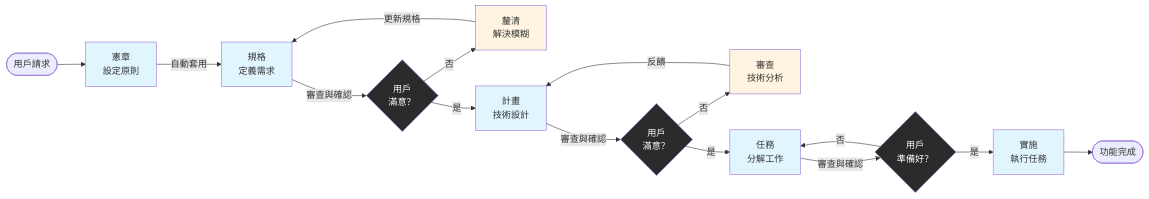
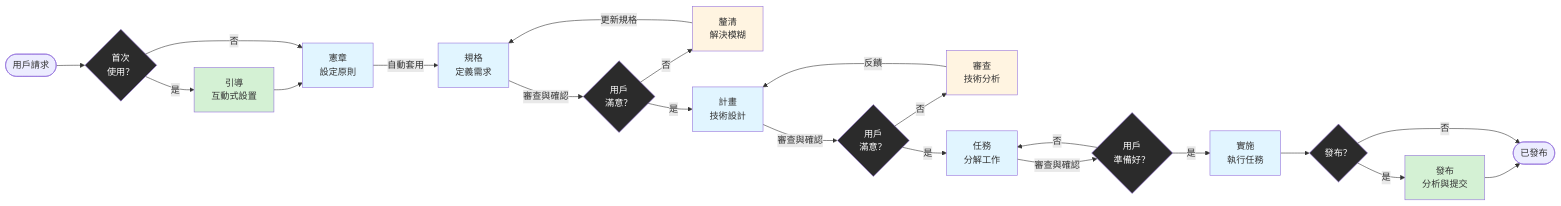
One commit to RikaiDev/cortex changed the diagram in README.zh-TW.md. Above: the diagram before and after it, drawn with Mermaid. The commit also changed other lines of this file and 33 other files, not shown here.

````diff
--- a/README.zh-TW.md
+++ b/README.zh-TW.md
@@ -105,36 +110,48 @@
 ```mermaid
 flowchart LR
-    Start([用戶請求]) --> Constitution
+    Start([用戶請求]) --> FirstTime{首次<br/>使用？}
+    
+    FirstTime -->|是| Onboard[引導<br/>互動式設置]
+    Onboard --> Constitution
+    FirstTime -->|否| Constitution
     
     Constitution[憲章<br/>設定原則] -->|自動套用| Spec
     
     Spec[規格<br/>定義需求] -->|審查與確認| Decision1{用戶<br/>滿意？}
     
     Decision1 -->|否| Clarify[釐清<br/>解決模糊]
     Clarify -->|更新規格| Spec
     Decision1 -->|是| Plan
     
     Plan[計畫<br/>技術設計] -->|審查與確認| Decision2{用戶<br/>滿意？}
     
     Decision2 -->|否| Review[審查<br/>技術分析]
     Review -->|反饋| Plan
     Decision2 -->|是| Tasks
     
     Tasks[任務<br/>分解工作] -->|審查與確認| Decision3{用戶<br/>準備好？}
     
     Decision3 -->|否| Tasks
     Decision3 -->|是| Implement
     
-    Implement[實施<br/>執行任務] --> Done([功能完成])
+    Implement[實施<br/>執行任務] --> Done{發布？}
+    
+    Done -->|是| Release[發布<br/>分析與提交]
+    Release --> Complete([已發布])
+    Done -->|否| Complete
     
     style Constitution fill:#e1f5ff
     style Spec fill:#e1f5ff
     style Clarify fill:#fff4e1
     style Plan fill:#e1f5ff
     style Review fill:#fff4e1
     style Tasks fill:#e1f5ff
     style Implement fill:#e1f5ff
+    style Onboard fill:#d4f1d4
+    style Release fill:#d4f1d4
+    style FirstTime fill:#2b2b2b,color:#fff
     style Decision1 fill:#2b2b2b,color:#fff
     style Decision2 fill:#2b2b2b,color:#fff
     style Decision3 fill:#2b2b2b,color:#fff
+    style Done fill:#2b2b2b,color:#fff
 ```
````
